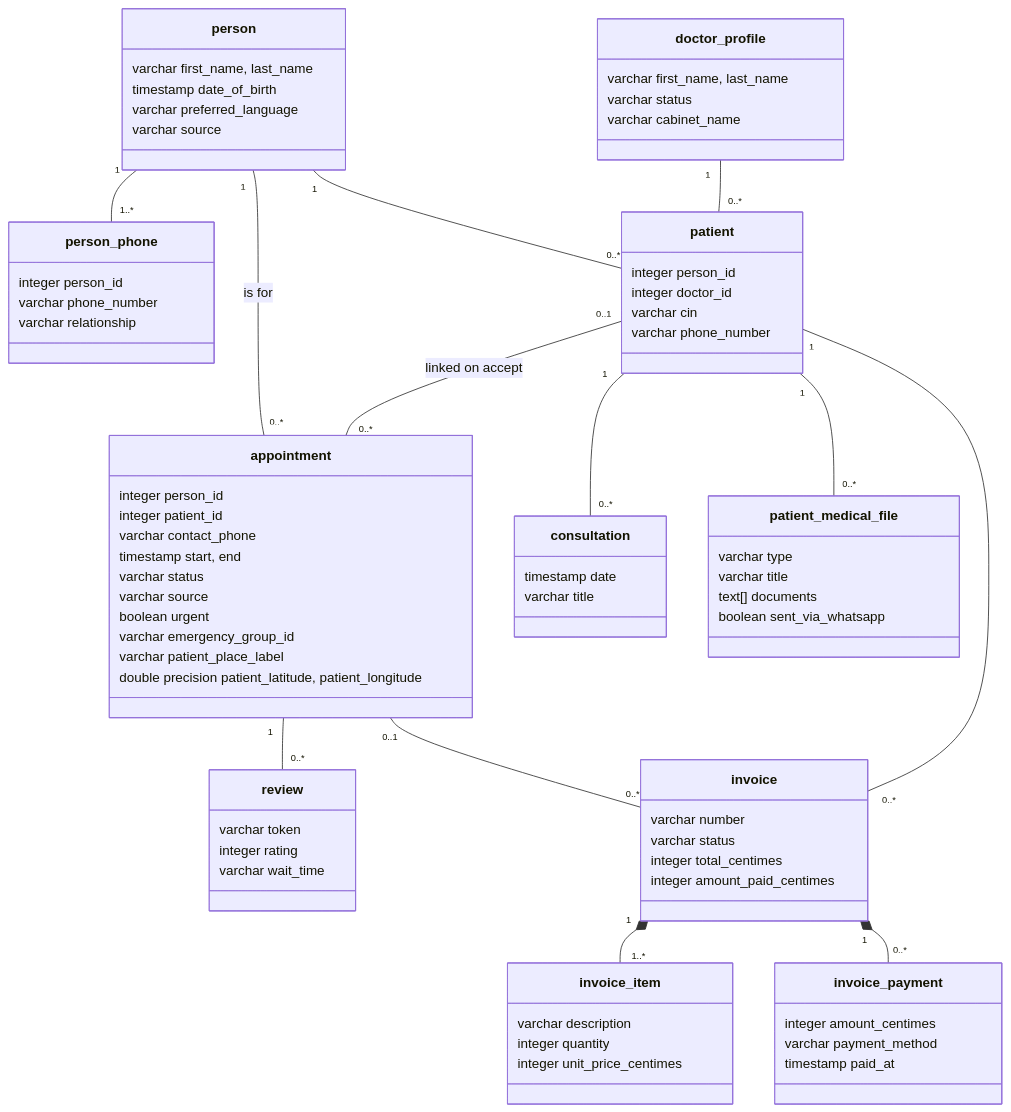
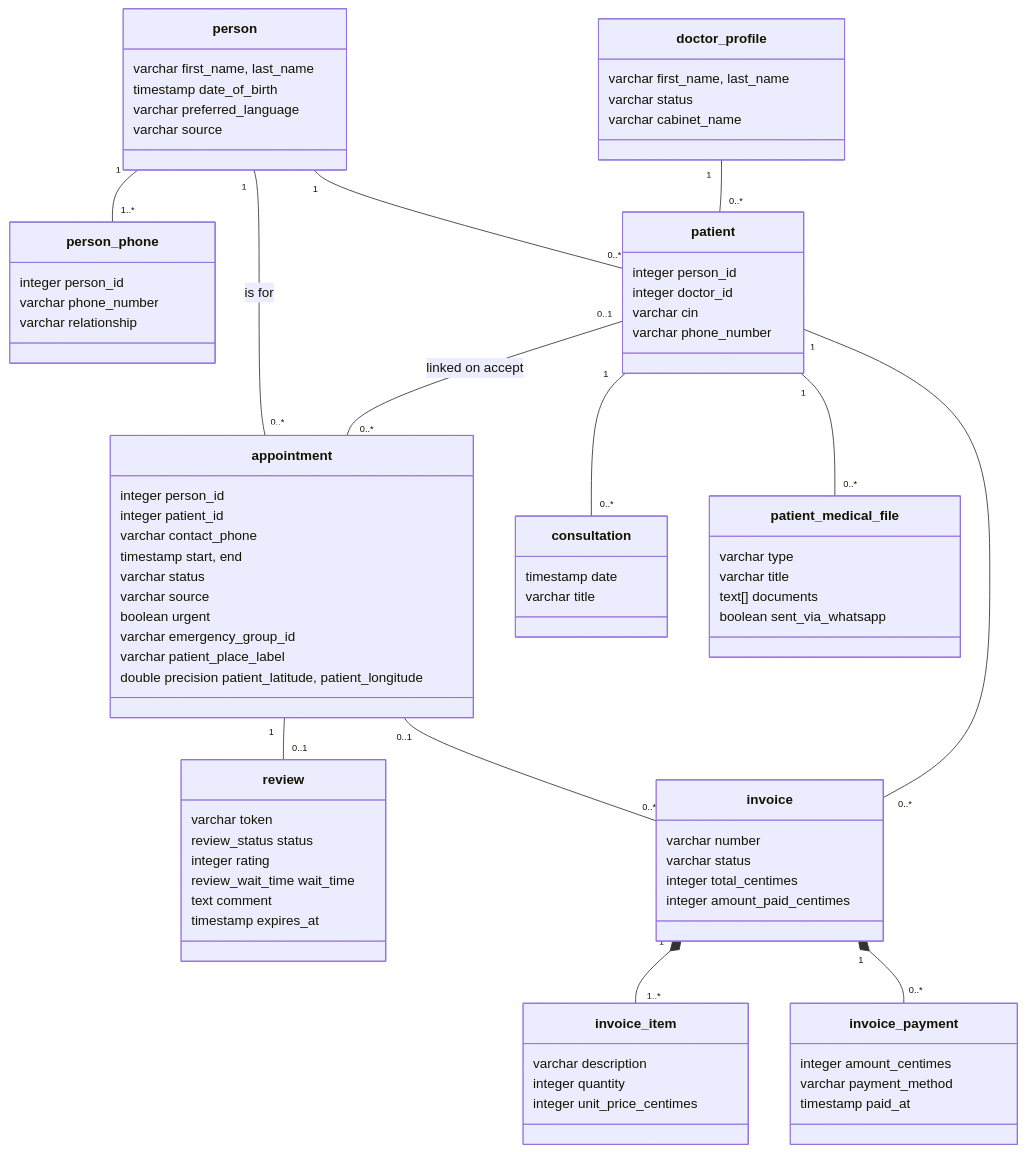
Before and after one commit to AtriOmar/riaya-report: the diagram in images/diagrams/src/class_diagram_people_care.mmd, drawn with Mermaid. The commit also changed 16 other files, not shown here.

```diff
--- a/images/diagrams/src/class_diagram_people_care.mmd
+++ b/images/diagrams/src/class_diagram_people_care.mmd
@@ -1,84 +1,87 @@
 classDiagram
 direction TB
 
 class doctor_profile {
   varchar first_name, last_name
   varchar status
   varchar cabinet_name
 }
 class person {
   varchar first_name, last_name
   timestamp date_of_birth
   varchar preferred_language
   varchar source
 }
 class person_phone {
   integer person_id
   varchar phone_number
   varchar relationship
 }
 class patient {
   integer person_id
   integer doctor_id
   varchar cin
   varchar phone_number
 }
 class appointment {
   integer person_id
   integer patient_id
   varchar contact_phone
   timestamp start, end
   varchar status
   varchar source
   boolean urgent
   varchar emergency_group_id
   varchar patient_place_label
   double precision patient_latitude, patient_longitude
 }
 class review {
   varchar token
+  review_status status
   integer rating
-  varchar wait_time
+  review_wait_time wait_time
+  text comment
+  timestamp expires_at
 }
 class consultation {
   timestamp date
   varchar title
 }
 class patient_medical_file {
   varchar type
   varchar title
   text[] documents
   boolean sent_via_whatsapp
 }
 class invoice {
   varchar number
   varchar status
   integer total_centimes
   integer amount_paid_centimes
 }
 class invoice_item {
   varchar description
   integer quantity
   integer unit_price_centimes
 }
 class invoice_payment {
   integer amount_centimes
   varchar payment_method
   timestamp paid_at
 }
 
 person "1" -- "1..*" person_phone
 person "1" -- "0..*" patient
 doctor_profile "1" -- "0..*" patient
 person "1" -- "0..*" appointment : is for
 patient "0..1" -- "0..*" appointment : linked on accept
 patient "1" -- "0..*" consultation
 patient "1" -- "0..*" patient_medical_file
-appointment "1" -- "0..*" review
+appointment "1" -- "0..1" review
 appointment "0..1" -- "0..*" invoice
 patient "1" -- "0..*" invoice
 invoice "1" *-- "1..*" invoice_item
 invoice "1" *-- "0..*" invoice_payment
 
 classDef ref fill:#EEEEEE,stroke:#A3A3A3
 class doctor_profile:::ref
```
